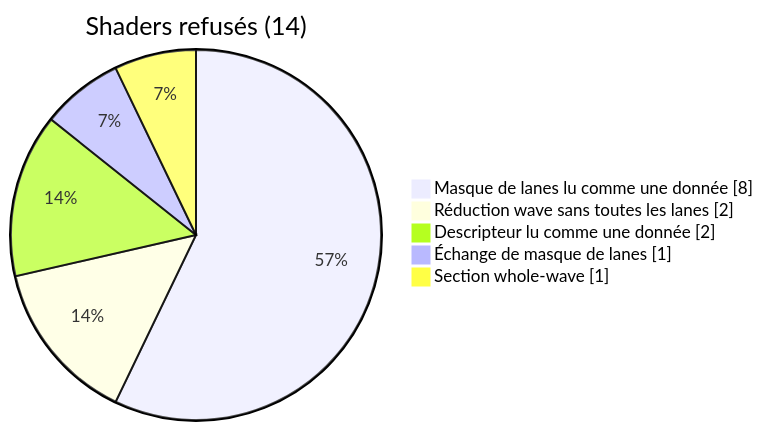
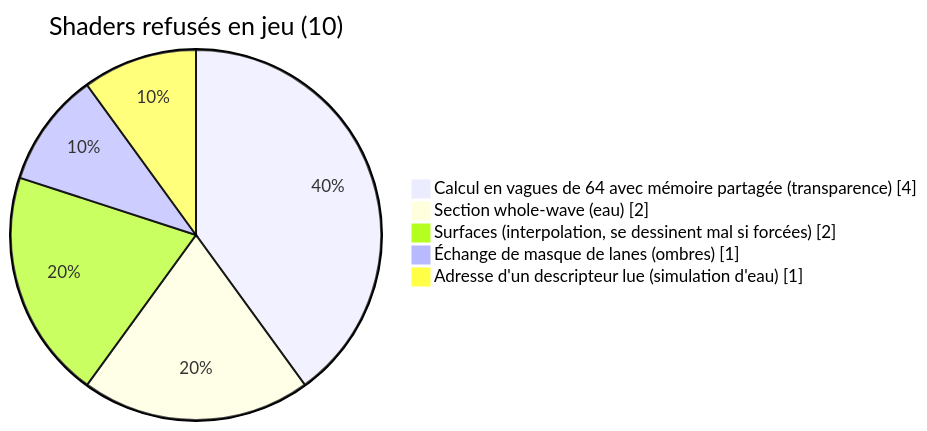
One commit to Cyanexani/cold-project-vi changed the ninth of 9 diagrams in README.md. Above: the diagram before and after it, drawn with Mermaid. The commit also changed other lines of this file and 11 other files, not shown here.

````diff
--- a/README.md
+++ b/README.md
@@ -202,9 +217,9 @@
 ```mermaid
 pie showData
-    title Shaders refusés (14)
-    "Masque de lanes lu comme une donnée" : 8
-    "Réduction wave sans toutes les lanes" : 2
-    "Descripteur lu comme une donnée" : 2
-    "Échange de masque de lanes" : 1
-    "Section whole-wave" : 1
+    title Shaders refusés en jeu (10)
+    "Calcul en vagues de 64 avec mémoire partagée (transparence)" : 4
+    "Section whole-wave (eau)" : 2
+    "Surfaces (interpolation, se dessinent mal si forcées)" : 2
+    "Échange de masque de lanes (ombres)" : 1
+    "Adresse d'un descripteur lue (simulation d'eau)" : 1
 ```
````
